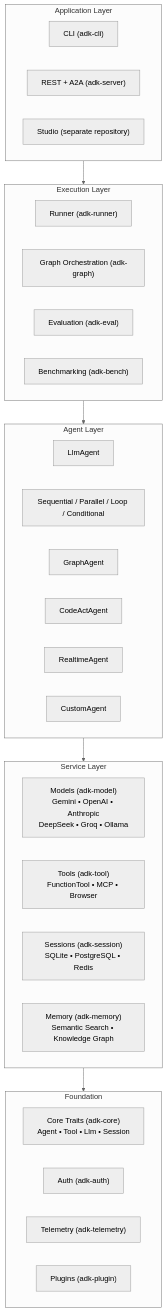
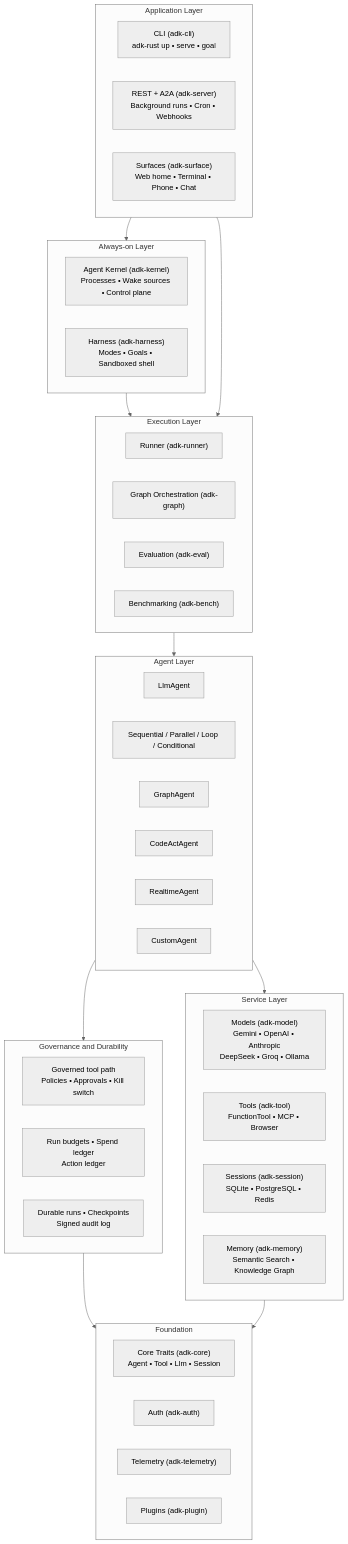
The diagram in docs/official_docs/introduction.md (zavora-ai/adk-rust), drawn with Mermaid (neutral theme) before and after one commit. The commit also changed other lines of this file and 8 other files, not shown here.

````diff
--- a/docs/official_docs/introduction.md
+++ b/docs/official_docs/introduction.md
@@ -51,43 +67,58 @@
 ```mermaid
 graph TB
     subgraph Application["Application Layer"]
-        CLI["CLI (adk-cli)"]
-        Server["REST + A2A (adk-server)"]
-        Studio["Studio (separate repository)"]
+        CLI["CLI (adk-cli)\nadk-rust up • serve • goal"]
+        Server["REST + A2A (adk-server)\nBackground runs • Cron • Webhooks"]
+        Surfaces["Surfaces (adk-surface)\nWeb home • Terminal • Phone • Chat"]
+    end
+
+    subgraph Always["Always-on Layer"]
+        Kernel["Agent Kernel (adk-kernel)\nProcesses • Wake sources • Control plane"]
+        Harness["Harness (adk-harness)\nModes • Goals • Sandboxed shell"]
     end
 
     subgraph Execution["Execution Layer"]
         Runner["Runner (adk-runner)"]
         Graph["Graph Orchestration (adk-graph)"]
         Eval["Evaluation (adk-eval)"]
         Bench["Benchmarking (adk-bench)"]
     end
 
     subgraph Agents["Agent Layer"]
         LLM["LlmAgent"]
         Workflow["Sequential / Parallel / Loop / Conditional"]
         Graph2["GraphAgent"]
         CodeAct["CodeActAgent"]
         Realtime["RealtimeAgent"]
         Custom["CustomAgent"]
     end
 
     subgraph Services["Service Layer"]
         Models["Models (adk-model)\nGemini • OpenAI • Anthropic\nDeepSeek • Groq • Ollama"]
         Tools["Tools (adk-tool)\nFunctionTool • MCP • Browser"]
         Sessions["Sessions (adk-session)\nSQLite • PostgreSQL • Redis"]
         Memory["Memory (adk-memory)\nSemantic Search • Knowledge Graph"]
     end
 
+    subgraph Governance["Governance and Durability"]
+        Path["Governed tool path\nPolicies • Approvals • Kill switch"]
+        Budgets["Run budgets • Spend ledger\nAction ledger"]
+        Durable["Durable runs • Checkpoints\nSigned audit log"]
+    end
+
     subgraph Foundation["Foundation"]
         Core["Core Traits (adk-core)\nAgent • Tool • Llm • Session"]
         Auth["Auth (adk-auth)"]
         Telemetry["Telemetry (adk-telemetry)"]
         Plugin["Plugins (adk-plugin)"]
     end
 
+    Application --> Always
+    Always --> Execution
     Application --> Execution
     Execution --> Agents
+    Agents --> Governance
     Agents --> Services
+    Governance --> Foundation
     Services --> Foundation
 ```
````
